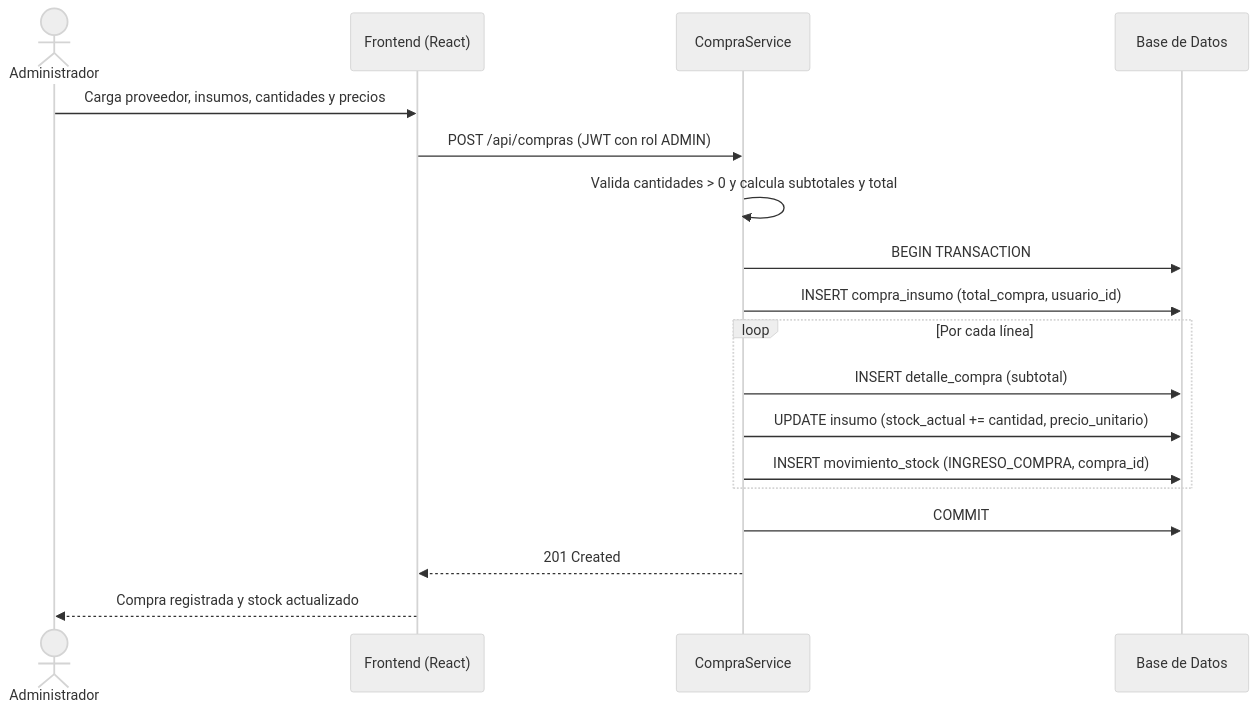
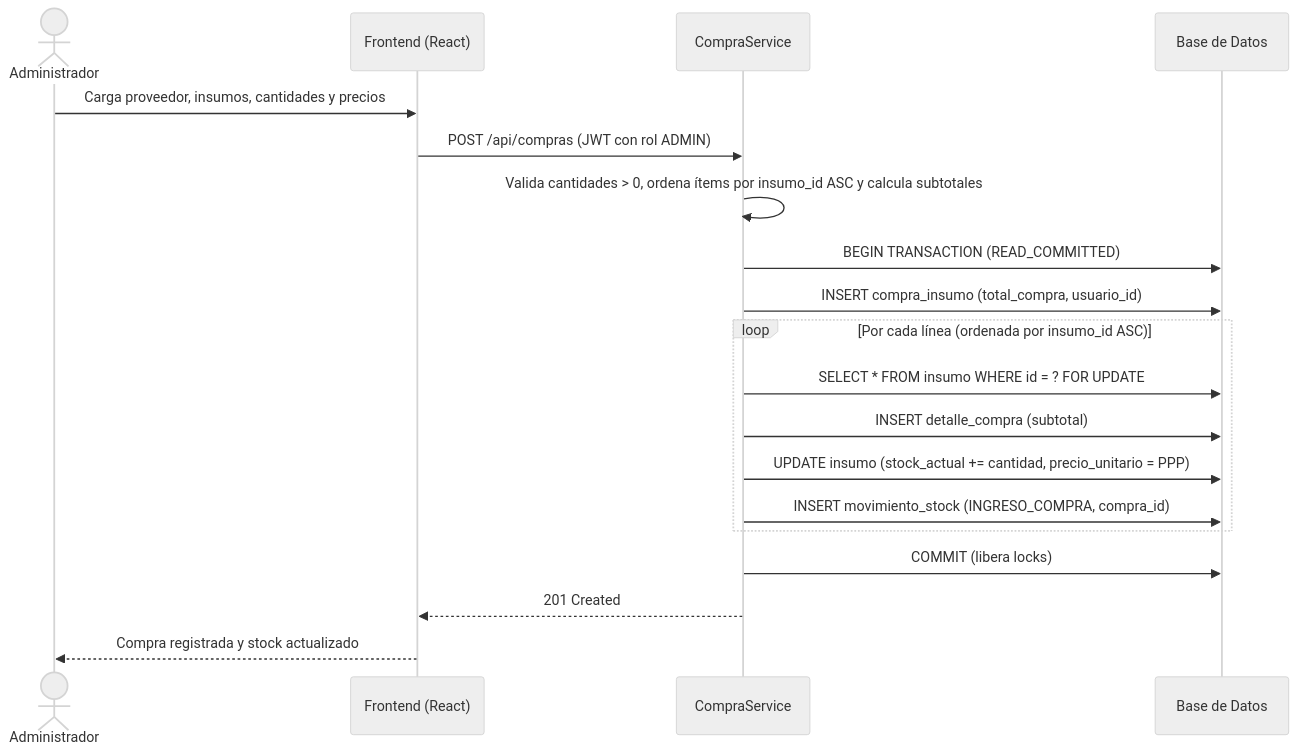
One commit to EmaRuidiaz/tupad_tfi_grupo_107 changed the tenth of 12 diagrams in docs/entrega-2/split_docs/08_diagramas_complementarios.md. Above: the diagram before and after it, drawn with Mermaid (neutral theme). The commit also changed other lines of this file and 9 other files, not shown here.

Commit message:
docs(entrega-2): incorporar mejoras de la 3ra revision docente (ciclo productivo, concurrencia stock, multiplicidades UML y SLA/backup)

````diff
--- a/docs/entrega-2/split_docs/08_diagramas_complementarios.md
+++ b/docs/entrega-2/split_docs/08_diagramas_complementarios.md
@@ -386,21 +414,22 @@
 ```mermaid
 sequenceDiagram
     actor Adm as Administrador
     participant UI as Frontend (React)
     participant SRV as CompraService
     participant DB as Base de Datos
 
     Adm->>UI: Carga proveedor, insumos, cantidades y precios
     UI->>SRV: POST /api/compras (JWT con rol ADMIN)
-    SRV->>SRV: Valida cantidades > 0 y calcula subtotales y total
-    SRV->>DB: BEGIN TRANSACTION
+    SRV->>SRV: Valida cantidades > 0, ordena ítems por insumo_id ASC y calcula subtotales
+    SRV->>DB: BEGIN TRANSACTION (READ_COMMITTED)
     SRV->>DB: INSERT compra_insumo (total_compra, usuario_id)
-    loop Por cada línea
+    loop Por cada línea (ordenada por insumo_id ASC)
+        SRV->>DB: SELECT * FROM insumo WHERE id = ? FOR UPDATE
         SRV->>DB: INSERT detalle_compra (subtotal)
-        SRV->>DB: UPDATE insumo (stock_actual += cantidad, precio_unitario)
+        SRV->>DB: UPDATE insumo (stock_actual += cantidad, precio_unitario = PPP)
         SRV->>DB: INSERT movimiento_stock (INGRESO_COMPRA, compra_id)
     end
-    SRV->>DB: COMMIT
+    SRV->>DB: COMMIT (libera locks)
     SRV-->>UI: 201 Created
     UI-->>Adm: Compra registrada y stock actualizado
 ```
````
